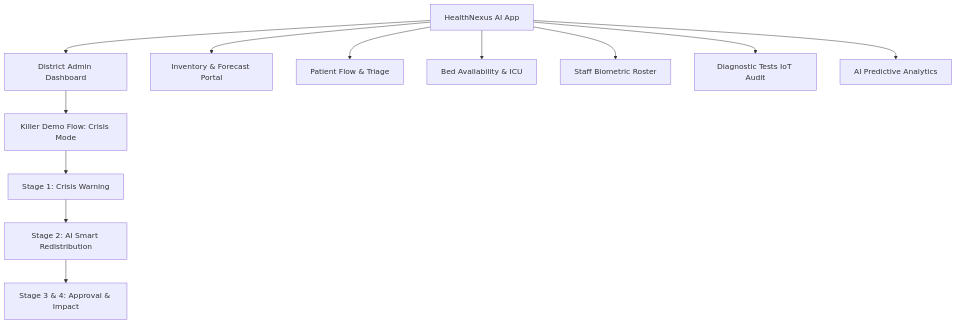
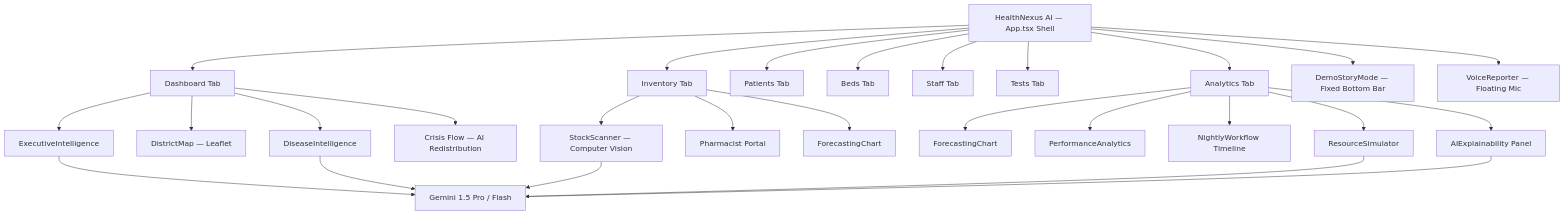
The diagram in README.md (AribAsim/HealthNexus-AI), drawn with Mermaid before and after one commit. The commit also changed other lines of this file and 21 other files, not shown here.

````diff
--- a/README.md
+++ b/README.md
@@ -30,15 +65,32 @@
 ```mermaid
 graph TD
-    A[HealthNexus AI App] --> B[District Admin Dashboard]
-    A --> C[Inventory & Forecast Portal]
-    A --> D[Patient Flow & Triage]
-    A --> E[Bed Availability & ICU]
-    A --> F[Staff Biometric Roster]
-    A --> G[Diagnostic Tests IoT Audit]
-    A --> H[AI Predictive Analytics]
-    
-    B --> I[Killer Demo Flow: Crisis Mode]
-    I --> J[Stage 1: Crisis Warning]
-    J --> K[Stage 2: AI Smart Redistribution]
-    K --> L[Stage 3 & 4: Approval & Impact]
+    A[HealthNexus AI — App.tsx Shell] --> B[Dashboard Tab]
+    A --> C[Inventory Tab]
+    A --> D[Patients Tab]
+    A --> E[Beds Tab]
+    A --> F[Staff Tab]
+    A --> G[Tests Tab]
+    A --> H[Analytics Tab]
+
+    B --> B1[ExecutiveIntelligence]
+    B --> B2[DistrictMap — Leaflet]
+    B --> B3[DiseaseIntelligence]
+    B --> B4[Crisis Flow — AI Redistribution]
+
+    C --> C1[StockScanner — Computer Vision]
+    C --> C2[Pharmacist Portal]
+    C --> C3[ForecastingChart]
+
+    H --> H1[ForecastingChart]
+    H --> H2[PerformanceAnalytics]
+    H --> H3[NightlyWorkflow Timeline]
+    H --> H4[ResourceSimulator]
+    H --> H5[AIExplainability Panel]
+
+    A --> Z1[DemoStoryMode — Fixed Bottom Bar]
+    A --> Z2[VoiceReporter — Floating Mic]
+
+    B1 & B3 & H5 --> AI[Gemini 1.5 Pro / Flash]
+    C1 --> AI
+    H4 --> AI
 ```
````
